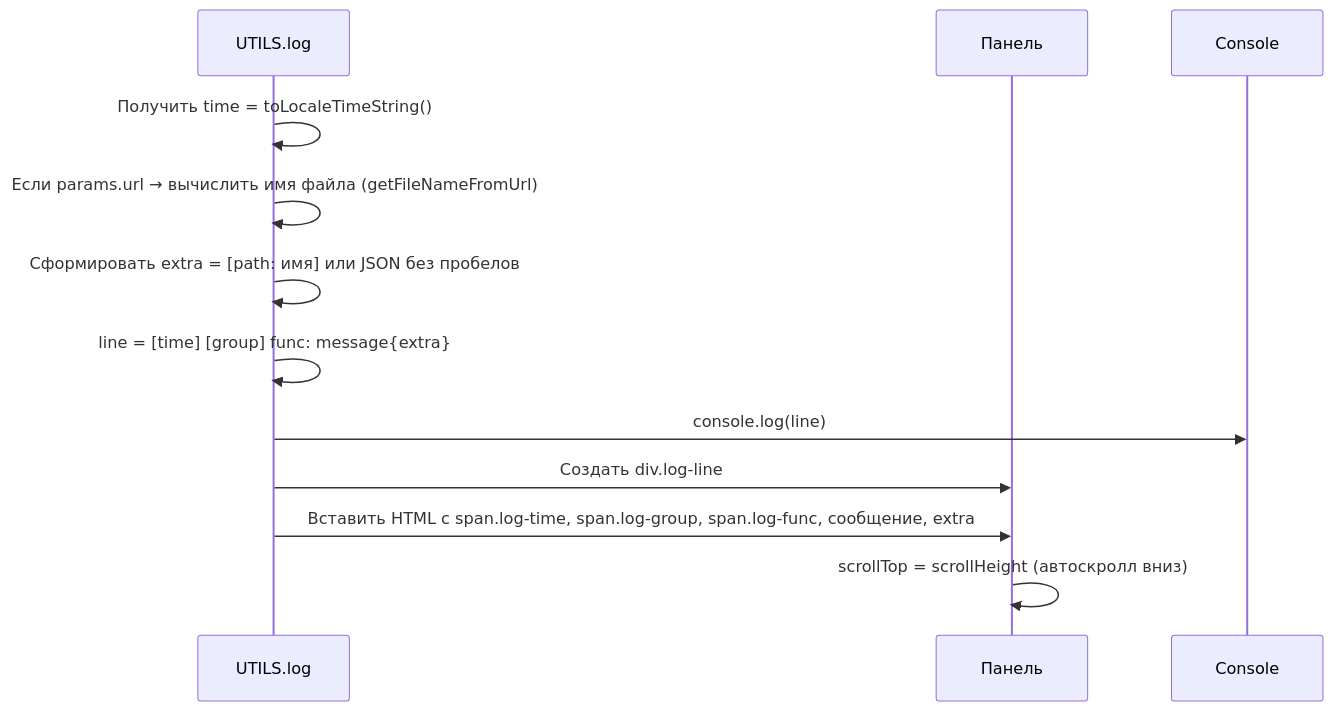
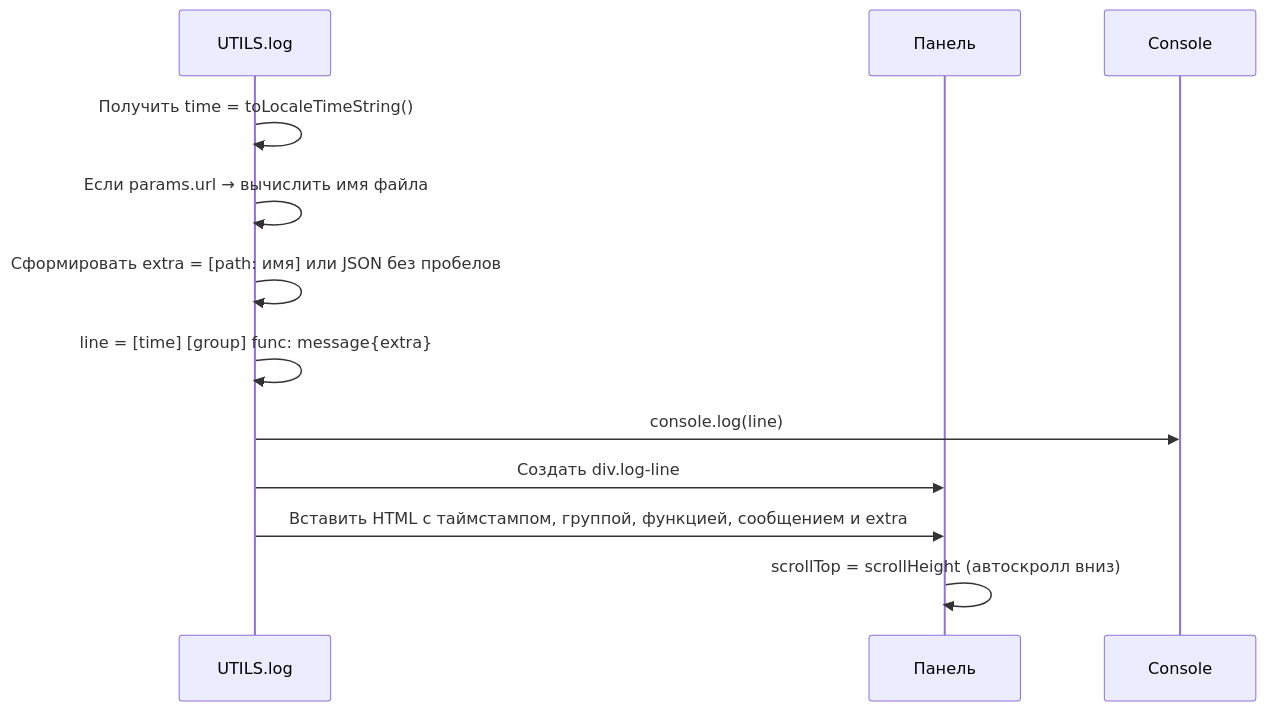
Before and after one commit to bpmbpm/testjs2: the second of 10 diagrams in ver2/doc1.md, drawn with Mermaid. The commit also changed other lines of this file, not shown here.

````diff
--- a/ver2/doc1.md
+++ b/ver2/doc1.md
@@ -33,15 +33,15 @@
 ```mermaid
 sequenceDiagram
     participant U as UTILS.log
     participant L as Панель #log-content
     participant C as Console
 
     U->>U: Получить time = toLocaleTimeString()
-    U->>U: Если params.url → вычислить имя файла (getFileNameFromUrl)
+    U->>U: Если params.url → вычислить имя файла
     U->>U: Сформировать extra = [path: имя] или JSON без пробелов
     U->>U: line = [time] [group] func: message{extra}
     U->>C: console.log(line)
     U->>L: Создать div.log-line
-    U->>L: Вставить HTML с span.log-time, span.log-group, span.log-func, сообщение, extra
+    U->>L: Вставить HTML с таймстампом, группой, функцией, сообщением и extra
     L->>L: scrollTop = scrollHeight (автоскролл вниз)
 ```
````
